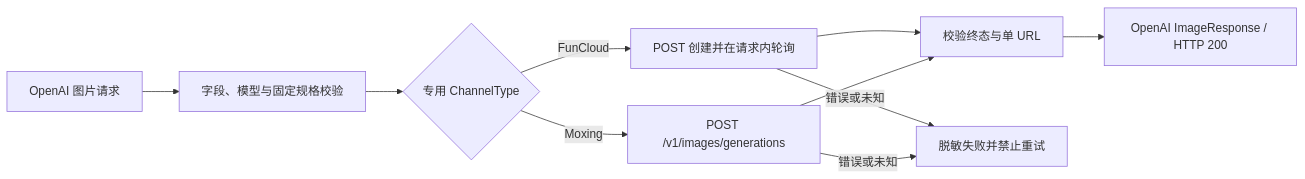
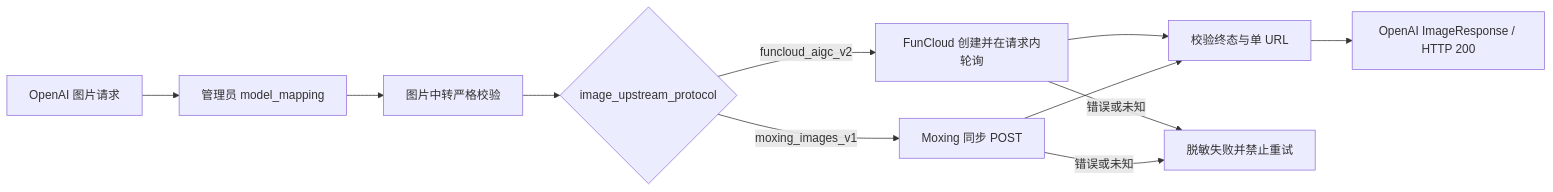
The diagram in docs/20-architecture/图片服务与异步Provider适配架构.md (wuqiang44444444/new-api), drawn with Mermaid before and after one commit. The commit also changed other lines of this file and 57 other files, not shown here.

First line of the commit message:
feat: Introduce Image Relay Protocol and Migration

````diff
--- a/docs/20-architecture/图片服务与异步Provider适配架构.md
+++ b/docs/20-architecture/图片服务与异步Provider适配架构.md
@@ -101,12 +118,13 @@
 ```mermaid
 flowchart LR
-    A["OpenAI 图片请求"] --> B["字段、模型与固定规格校验"]
-    B --> C{"专用 ChannelType"}
-    C -->|"FunCloud"| D["POST 创建并在请求内轮询"]
-    C -->|"Moxing"| E["POST /v1/images/generations"]
-    D --> F["校验终态与单 URL"]
-    E --> F
-    F --> G["OpenAI ImageResponse / HTTP 200"]
-    D -->|"错误或未知"| H["脱敏失败并禁止重试"]
-    E -->|"错误或未知"| H
+    A["OpenAI 图片请求"] --> B["管理员 model_mapping"]
+    B --> C["图片中转严格校验"]
+    C --> D{"image_upstream_protocol"}
+    D -->|"funcloud_aigc_v2"| E["FunCloud 创建并在请求内轮询"]
+    D -->|"moxing_images_v1"| F["Moxing 同步 POST"]
+    E --> G["校验终态与单 URL"]
+    F --> G
+    G --> H["OpenAI ImageResponse / HTTP 200"]
+    E -->|"错误或未知"| I["脱敏失败并禁止重试"]
+    F -->|"错误或未知"| I
 ```
````
